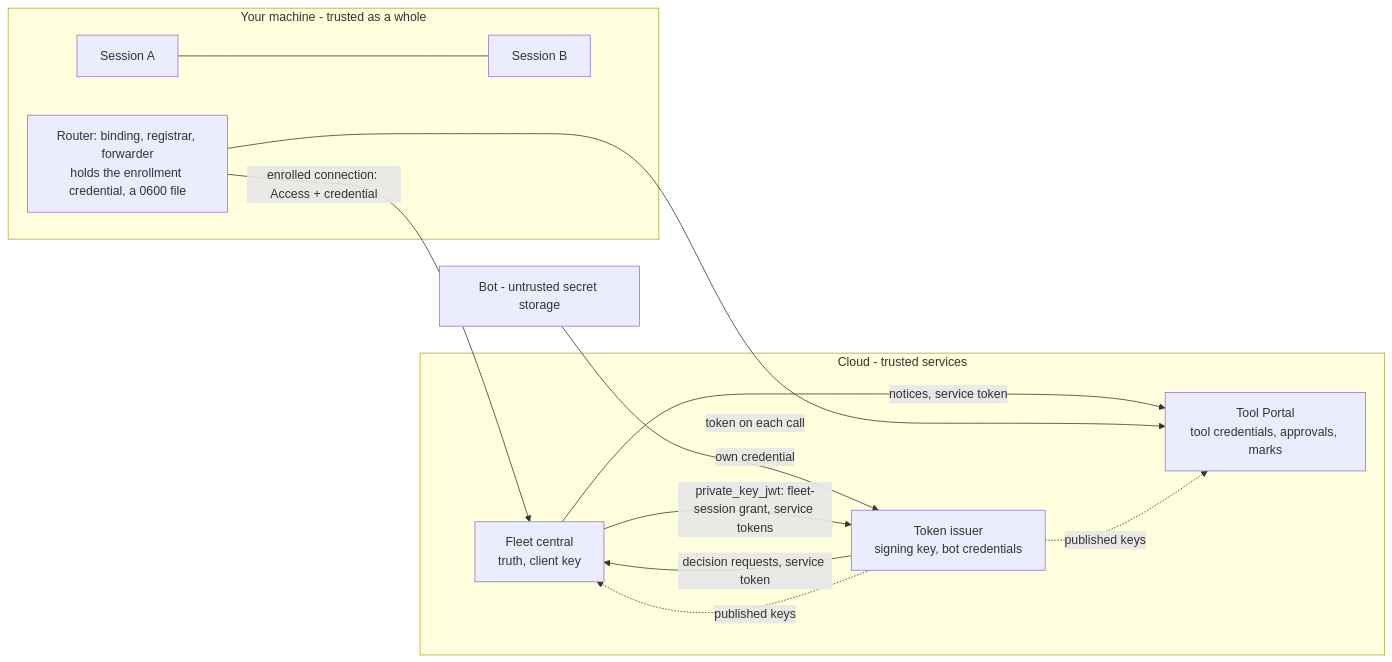
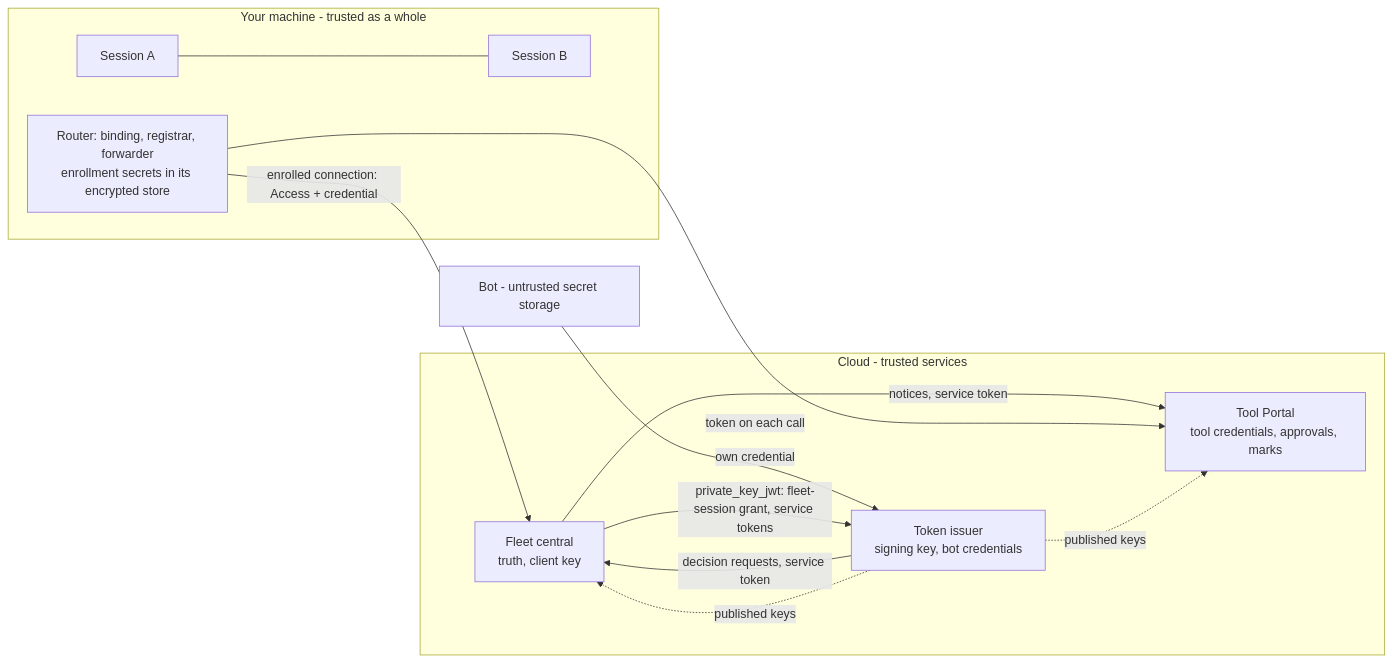
The seventh of 7 diagrams in docs/specs/2026-10-24-agent-identity/program-design.md (ShravanSunder/agent-vm), drawn with Mermaid before and after one commit. The commit also changed other lines of this file and 5 other files, not shown here.

````diff
--- a/docs/specs/2026-10-24-agent-identity/program-design.md
+++ b/docs/specs/2026-10-24-agent-identity/program-design.md
@@ -666,20 +717,20 @@
 ```mermaid
 flowchart LR
   subgraph M[Your machine - trusted as a whole]
     H1[Session A] --- H2[Session B]
-    RT[Router: binding, registrar, forwarder<br/>holds the enrollment credential, a 0600 file]
+    RT[Router: binding, registrar, forwarder<br/>enrollment secrets in its encrypted store]
   end
   subgraph CL[Cloud - trusted services]
     C[Fleet central<br/>truth, client key]
     I[Token issuer<br/>signing key, bot credentials]
     T[Tool Portal<br/>tool credentials, approvals, marks]
   end
   BOT[Bot - untrusted secret storage] -->|own credential| I
   RT -->|enrolled connection: Access + credential| C
   C -->|private_key_jwt: fleet-session grant, service tokens| I
   C -->|notices, service token| T
   I -->|decision requests, service token| C
   RT -->|token on each call| T
   I -.->|published keys| T
   I -.->|published keys| C
 ```
````
